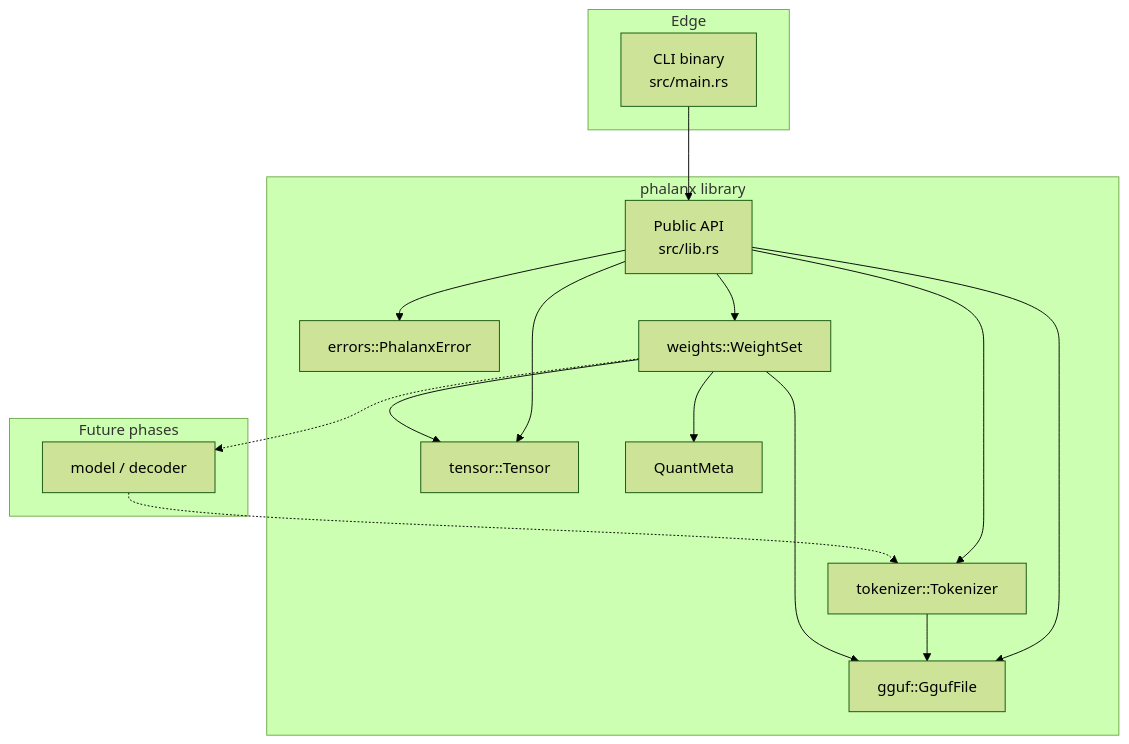
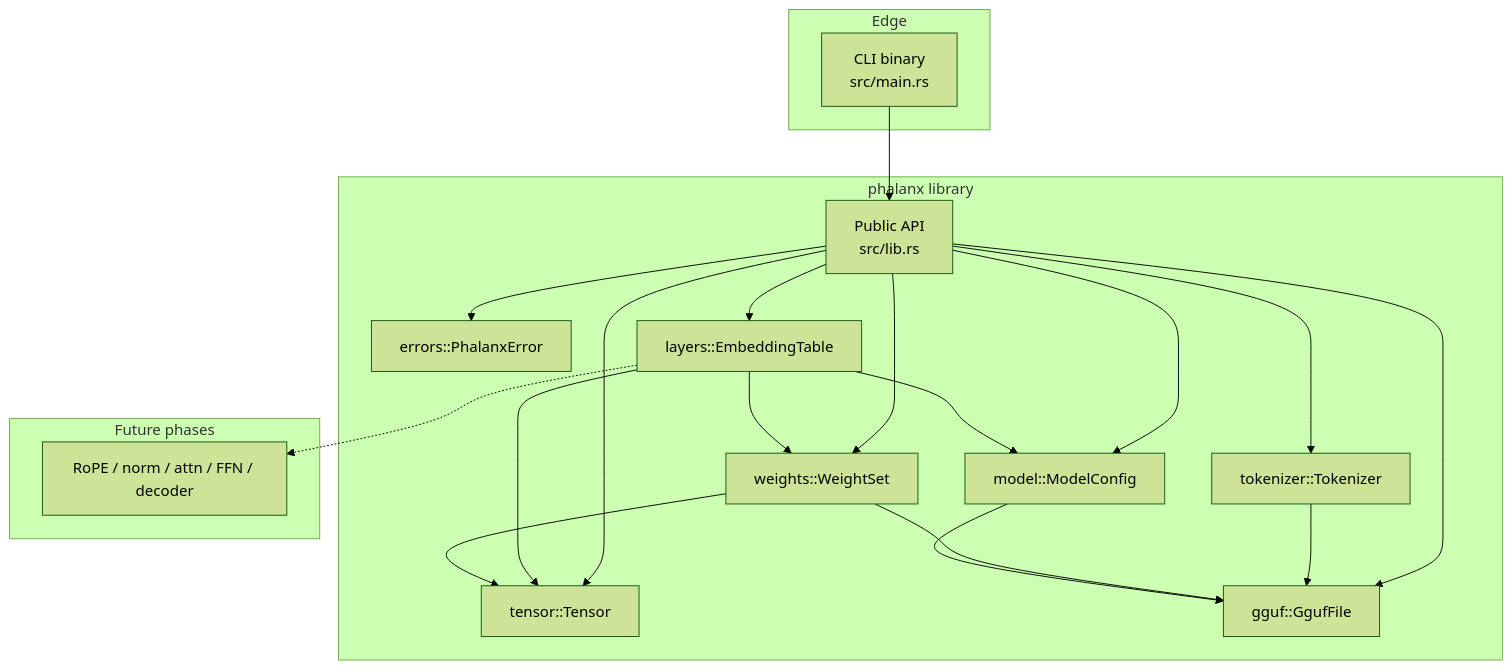
One commit to 404khai/phalanx changed the diagram in README.md. Above: the diagram before and after it, drawn with Mermaid (forest theme). The commit also changed other lines of this file and 70 other files, not shown here.

````diff
--- a/README.md
+++ b/README.md
@@ -44,33 +49,38 @@
 ```mermaid
 flowchart TB
     subgraph edge [Edge]
         CLI["CLI binary<br/>src/main.rs"]
     end
 
     subgraph library [phalanx library]
         API["Public API<br/>src/lib.rs"]
         Errors["errors::PhalanxError"]
         Tensor["tensor::Tensor"]
         GGUF["gguf::GgufFile"]
         Tok["tokenizer::Tokenizer"]
         Weights["weights::WeightSet"]
-        Quant["QuantMeta"]
+        Model["model::ModelConfig"]
+        Emb["layers::EmbeddingTable"]
     end
 
     subgraph future [Future phases]
-        Model["model / decoder"]
+        Decoder["RoPE / norm / attn / FFN / decoder"]
     end
 
     CLI --> API
     API --> Errors
     API --> Tensor
     API --> GGUF
     API --> Tok
     API --> Weights
+    API --> Model
+    API --> Emb
     Tok --> GGUF
     Weights --> GGUF
-    Weights --> Quant
+    Model --> GGUF
+    Emb --> Weights
+    Emb --> Model
+    Emb --> Tensor
     Weights --> Tensor
-    Weights -.-> Model
-    Model -.-> Tok
+    Emb -.-> Decoder
 ```
````
